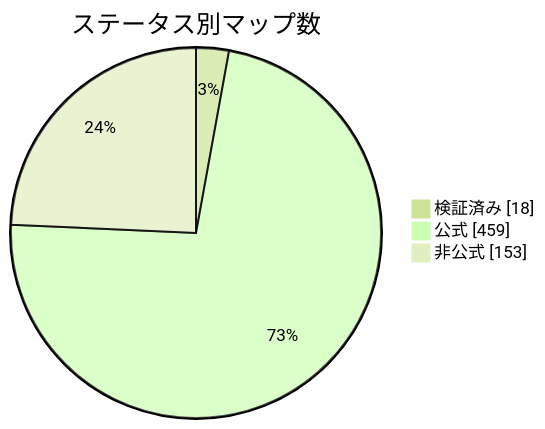
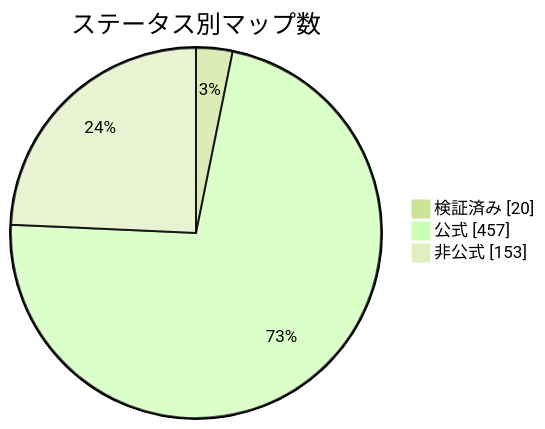
One commit to nobrega8/mbmap-library changed the diagram in docs/readme/README_JP.md. Above: the diagram before and after it, drawn with Mermaid (forest theme). The commit also changed 7 other files, not shown here.

````diff
--- a/docs/readme/README_JP.md
+++ b/docs/readme/README_JP.md
@@ -54,7 +54,7 @@
 ```mermaid
 pie showData
     title ステータス別マップ数
-    "検証済み" : 18
-    "公式" : 459
+    "検証済み" : 20
+    "公式" : 457
     "非公式" : 153
 ```
````
